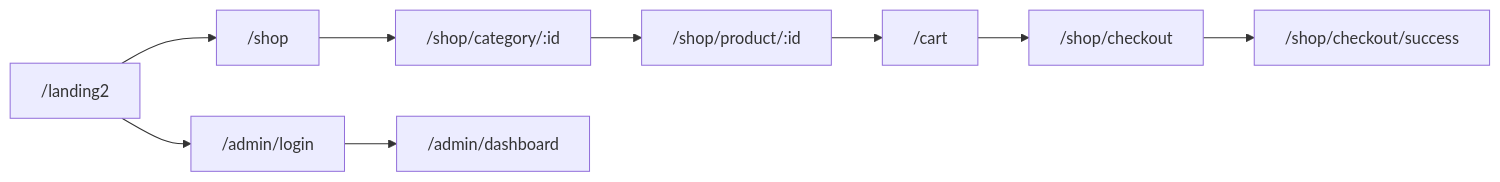
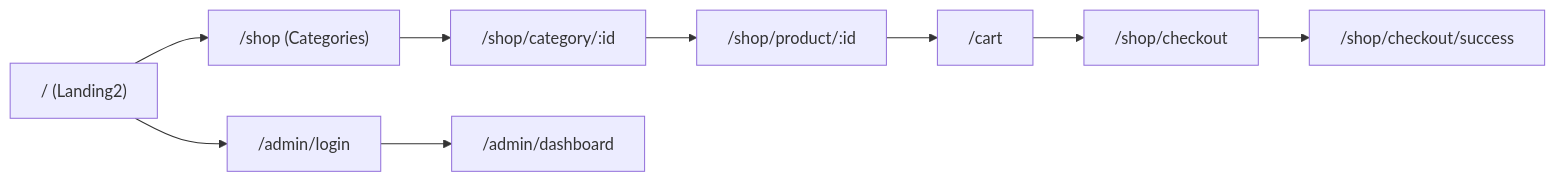
Before and after one commit to sspotter/88.claude-jam: the second of 2 diagrams in docs/routing-map.md, drawn with Mermaid. The commit also changed other lines of this file and 5 other files, not shown here.

````diff
--- a/docs/routing-map.md
+++ b/docs/routing-map.md
@@ -173,11 +176,11 @@
 ```mermaid
 flowchart LR
-    A["/landing2"] --> B["/shop"]
+    A["/ (Landing2)"] --> B["/shop (Categories)"]
     B --> C["/shop/category/:id"]
     C --> D["/shop/product/:id"]
     D --> E["/cart"]
     E --> F["/shop/checkout"]
     F --> G["/shop/checkout/success"]
     A --> H["/admin/login"]
     H --> I["/admin/dashboard"]
 ```
````
